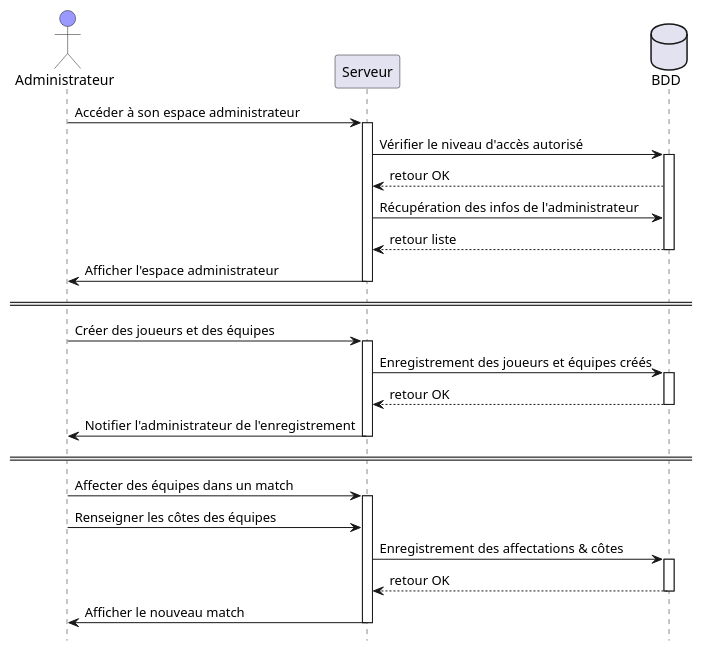
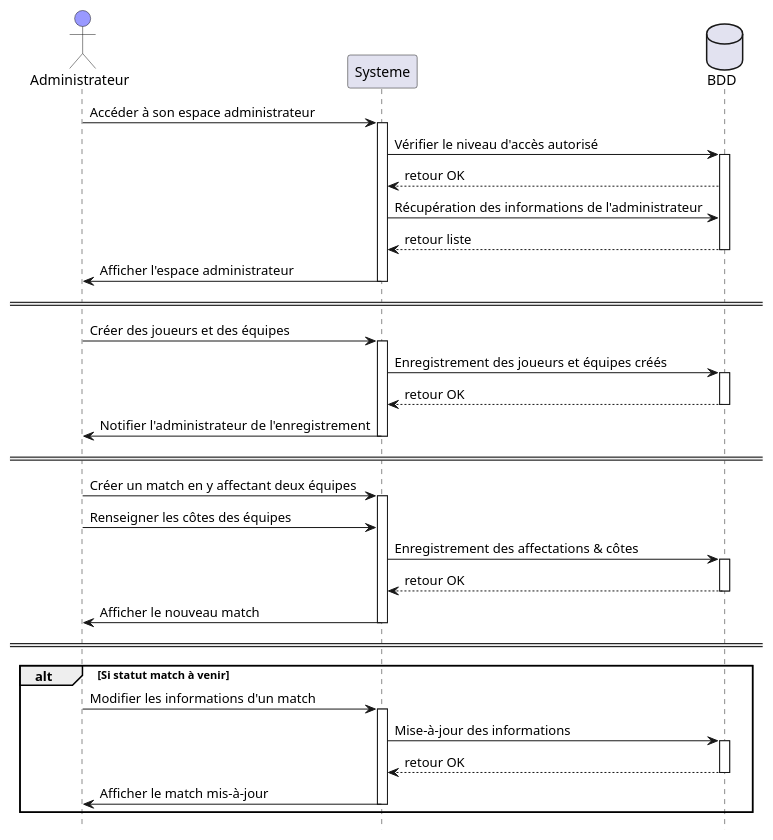
One commit to kcdln/Smash-Bowl changed the fourth of 4 diagrams in #documents/OLD/Diagramme de sequence.OLD.md. Above: the diagram before and after it, drawn with PlantUML. The commit also changed other lines of this file and 1 other file, not shown here.

Commit message:
Add conditions & loops into sequential diagram

```diff
--- a/#documents/OLD/Diagramme de sequence.OLD.md
+++ b/#documents/OLD/Diagramme de sequence.OLD.md
@@ -145,38 +238,49 @@
 @startuml
 
 hide footbox
 
 actor Administrateur #9999ff
 database BDD order 30
 
-Administrateur -> Serveur ++ : Accéder à son espace administrateur
+Administrateur -> Systeme ++ : Accéder à son espace administrateur
 
-Serveur -> BDD ++ : Vérifier le niveau d'accès autorisé
-BDD --> Serveur: retour OK
-Serveur -> BDD: Récupération des infos de l'administrateur
-BDD --> Serveur -- : retour liste
+Systeme -> BDD ++ : Vérifier le niveau d'accès autorisé
+BDD --> Systeme: retour OK
+Systeme -> BDD: Récupération des informations de l'administrateur
+BDD --> Systeme -- : retour liste
 
-Serveur -> Administrateur -- : Afficher l'espace administrateur
+Systeme -> Administrateur -- : Afficher l'espace administrateur
 
 == ==
 
-Administrateur -> Serveur ++ : Créer des joueurs et des équipes
+Administrateur -> Systeme ++ : Créer des joueurs et des équipes
 
-Serveur -> BDD ++: Enregistrement des joueurs et équipes créés
-BDD --> Serveur --: retour OK
+Systeme -> BDD ++: Enregistrement des joueurs et équipes créés
+BDD --> Systeme --: retour OK
 
-Serveur -> Administrateur -- : Notifier l'administrateur de l'enregistrement
+Systeme -> Administrateur -- : Notifier l'administrateur de l'enregistrement
 
 == ==
 
-Administrateur -> Serveur ++ : Affecter des équipes dans un match
-Administrateur -> Serveur : Renseigner les côtes des équipes
+Administrateur -> Systeme ++ : Créer un match en y affectant deux équipes
+Administrateur -> Systeme : Renseigner les côtes des équipes
 
-Serveur -> BDD ++: Enregistrement des affectations & côtes
-BDD --> Serveur --: retour OK
+Systeme -> BDD ++: Enregistrement des affectations & côtes
+BDD --> Systeme --: retour OK
 
 
-Serveur -> Administrateur -- : Afficher le nouveau match
+Systeme -> Administrateur -- : Afficher le nouveau match
+
+== ==
+
+alt Si statut match à venir
+  Administrateur -> Systeme ++ : Modifier les informations d'un match
+
+  Systeme -> BDD ++: Mise-à-jour des informations
+  BDD --> Systeme --: retour OK
 
 
+  Systeme -> Administrateur -- : Afficher le match mis-à-jour
+end
+
 @enduml
```
